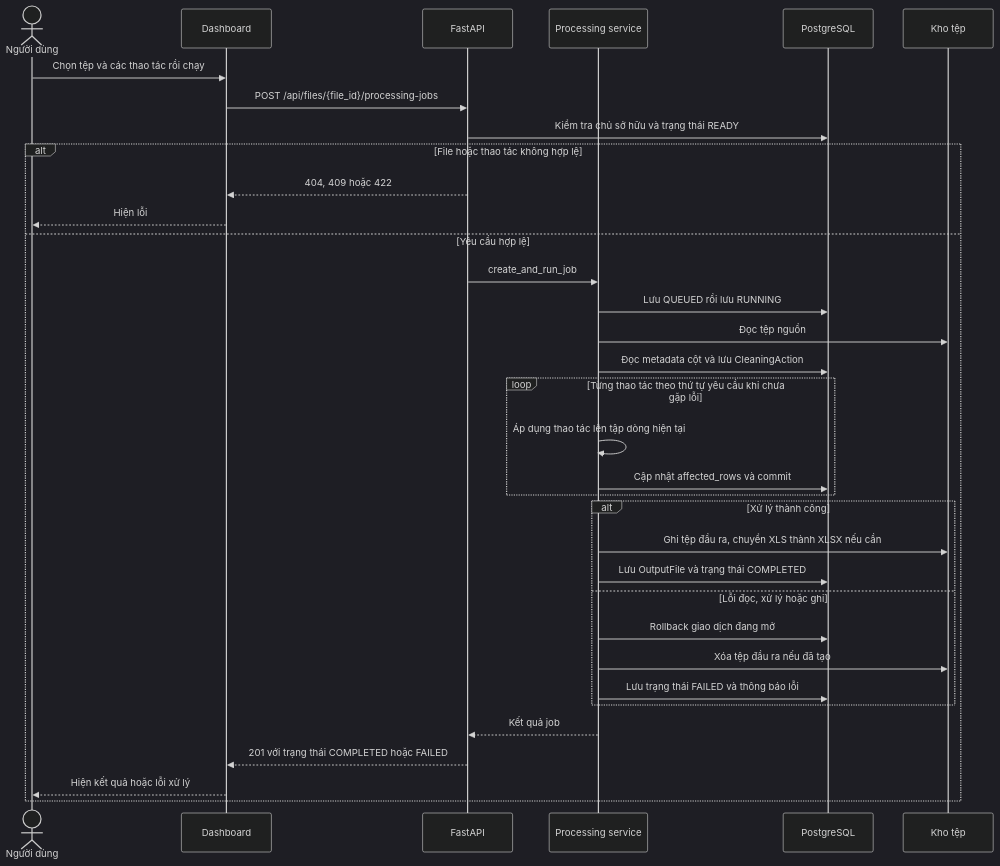
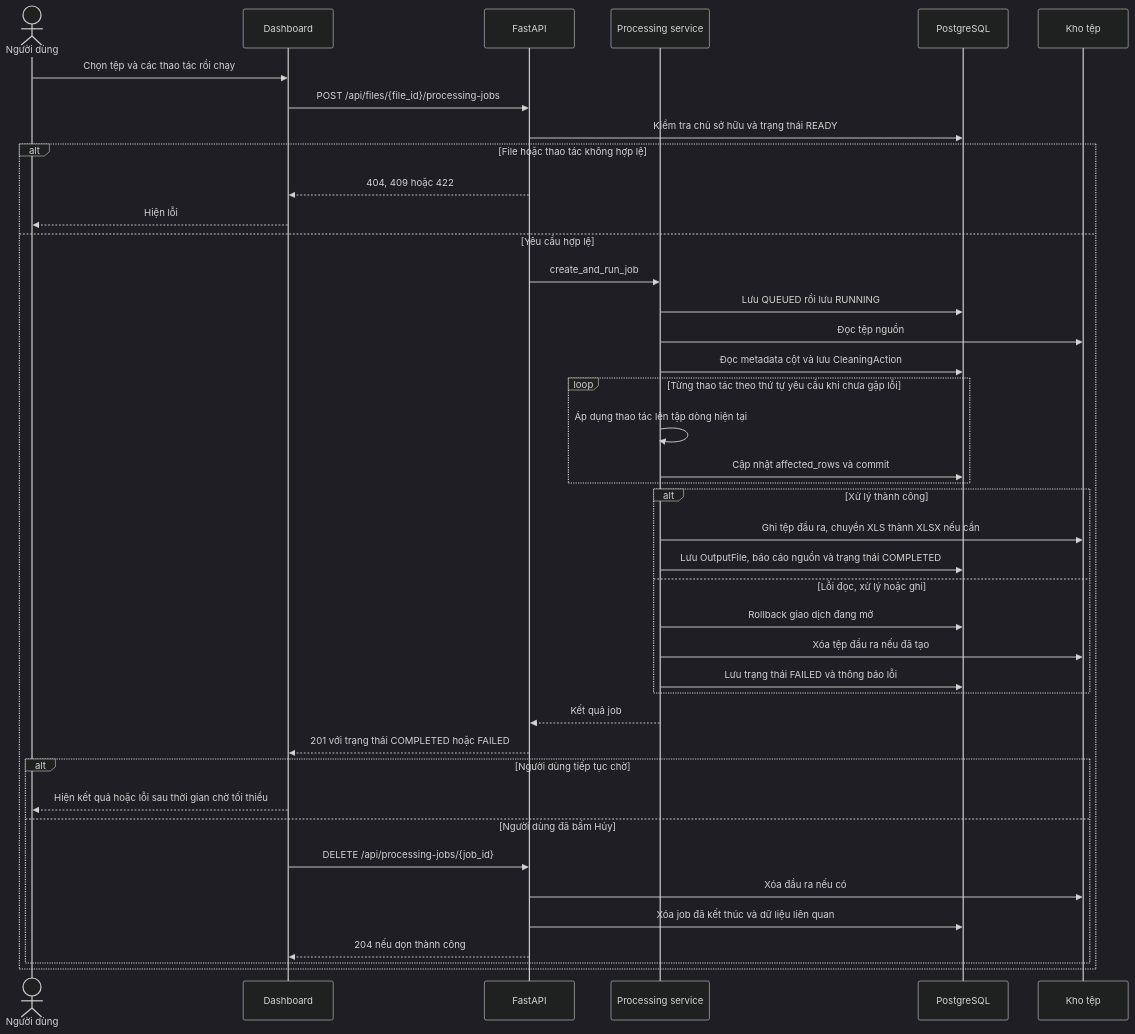
Before and after one commit to tuoicaominh/DATA-CLEANING-AND-ANALYSIS-: diagram 12 of 24 in docs/diagrams/So-do-activity-va-sequence.md, drawn with Mermaid (dark theme). The commit also changed other lines of this file and 5 other files, not shown here.

````diff
--- a/docs/diagrams/So-do-activity-va-sequence.md
+++ b/docs/diagrams/So-do-activity-va-sequence.md
@@ -291,36 +307,43 @@
 ```mermaid
 sequenceDiagram
     actor U as Người dùng
     participant UI as Dashboard
     participant API as FastAPI
     participant S as Processing service
     participant DB as PostgreSQL
     participant FS as Kho tệp
     U->>UI: Chọn tệp và các thao tác rồi chạy
     UI->>API: POST /api/files/{file_id}/processing-jobs
     API->>DB: Kiểm tra chủ sở hữu và trạng thái READY
     alt File hoặc thao tác không hợp lệ
         API-->>UI: 404, 409 hoặc 422
         UI-->>U: Hiện lỗi
     else Yêu cầu hợp lệ
         API->>S: create_and_run_job
         S->>DB: Lưu QUEUED rồi lưu RUNNING
         S->>FS: Đọc tệp nguồn
         S->>DB: Đọc metadata cột và lưu CleaningAction
         loop Từng thao tác theo thứ tự yêu cầu khi chưa gặp lỗi
             S->>S: Áp dụng thao tác lên tập dòng hiện tại
             S->>DB: Cập nhật affected_rows và commit
         end
         alt Xử lý thành công
             S->>FS: Ghi tệp đầu ra, chuyển XLS thành XLSX nếu cần
-            S->>DB: Lưu OutputFile và trạng thái COMPLETED
+            S->>DB: Lưu OutputFile, báo cáo nguồn và trạng thái COMPLETED
         else Lỗi đọc, xử lý hoặc ghi
             S->>DB: Rollback giao dịch đang mở
             S->>FS: Xóa tệp đầu ra nếu đã tạo
             S->>DB: Lưu trạng thái FAILED và thông báo lỗi
         end
         S-->>API: Kết quả job
         API-->>UI: 201 với trạng thái COMPLETED hoặc FAILED
-        UI-->>U: Hiện kết quả hoặc lỗi xử lý
+        alt Người dùng tiếp tục chờ
+            UI-->>U: Hiện kết quả hoặc lỗi sau thời gian chờ tối thiểu
+        else Người dùng đã bấm Hủy
+            UI->>API: DELETE /api/processing-jobs/{job_id}
+            API->>FS: Xóa đầu ra nếu có
+            API->>DB: Xóa job đã kết thúc và dữ liệu liên quan
+            API-->>UI: 204 nếu dọn thành công
+        end
     end
 ```
````
